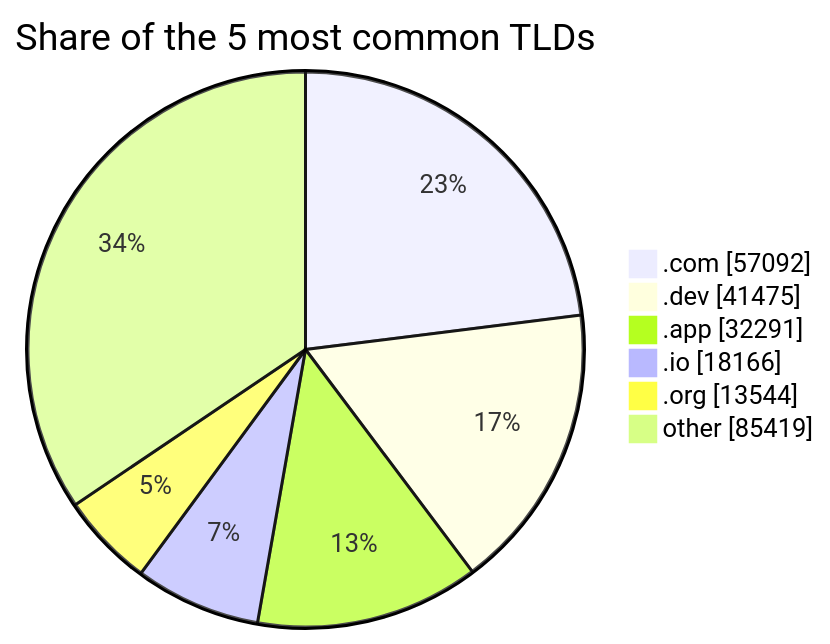
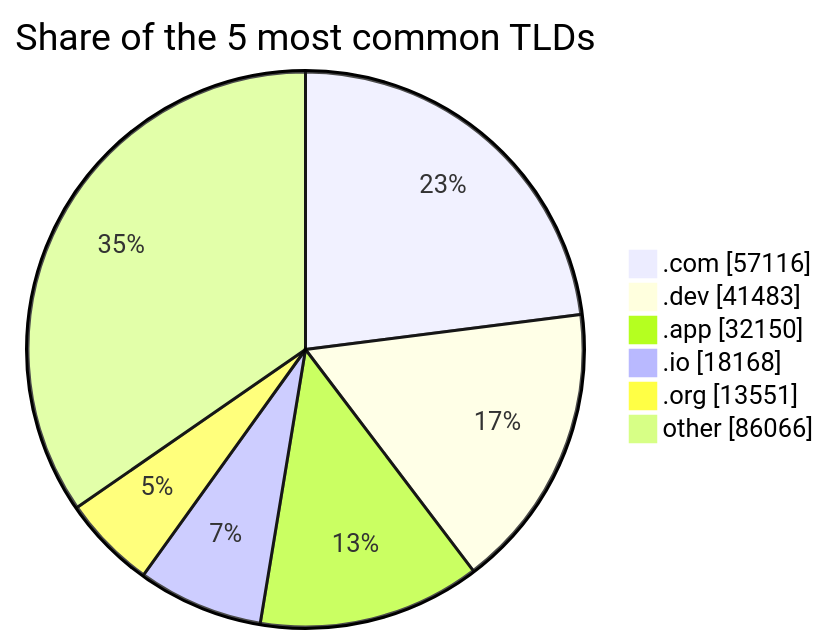
The second of 2 diagrams in README.md (DNSBunker/CTI), drawn with Mermaid before and after one commit. The commit also changed other lines of this file and 3 other files, not shown here.

````diff
--- a/README.md
+++ b/README.md
@@ -72,9 +72,9 @@
 ```mermaid
 pie showData title Share of the 5 most common TLDs
-    ".com" : 57092
-    ".dev" : 41475
-    ".app" : 32291
-    ".io" : 18166
-    ".org" : 13544
-    "other" : 85419
+    ".com" : 57116
+    ".dev" : 41483
+    ".app" : 32150
+    ".io" : 18168
+    ".org" : 13551
+    "other" : 86066
 ```
````
